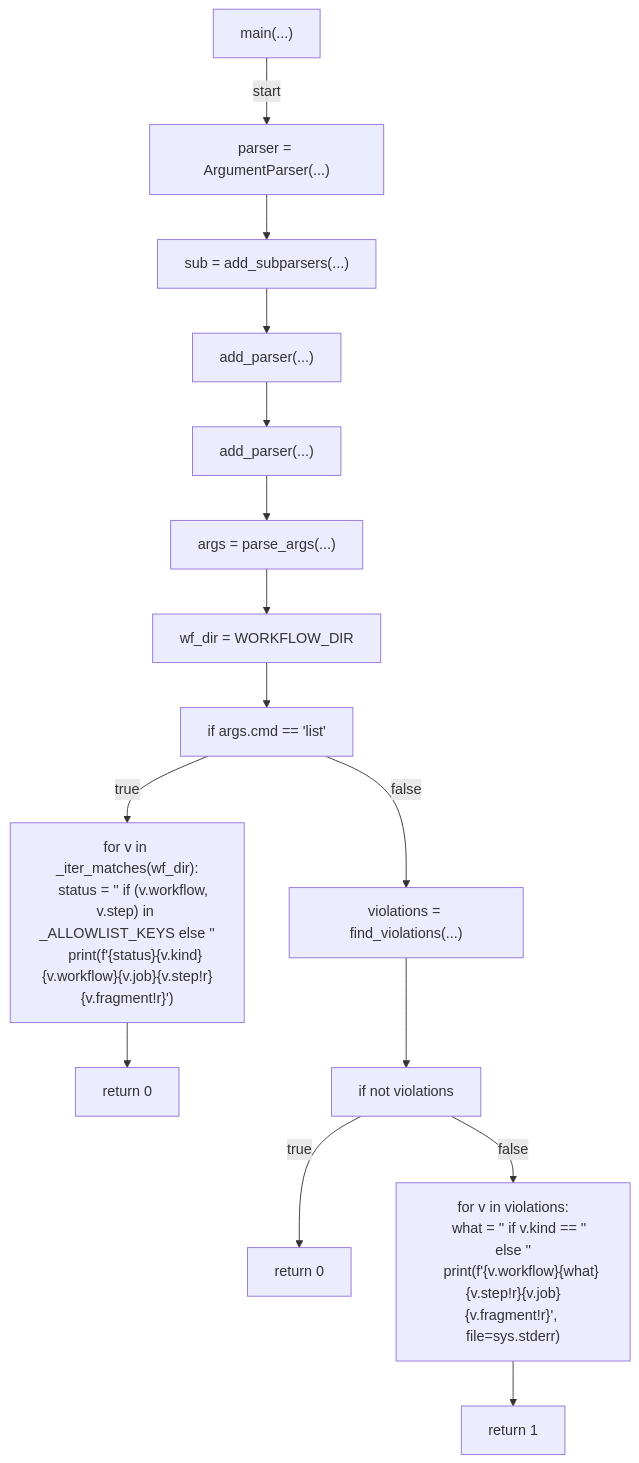
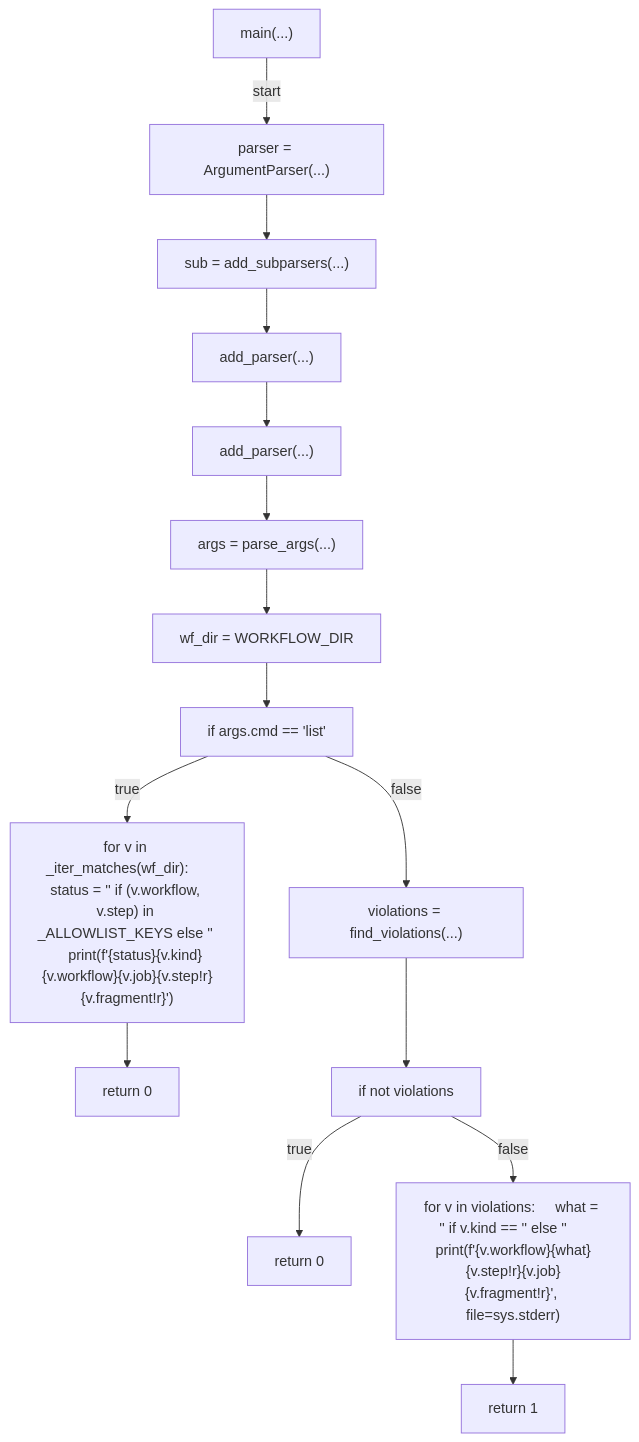
Before and after one commit to tvna/claude-md: the sixth of 6 diagrams in docs/generated/scripts/ast/scan_workflow_gh_calls.md, drawn with Mermaid. The commit also changed other lines of this file and 23 other files, not shown here.

First line of the commit message:
docs(generated): regenerate decision tree and workflow diagrams (batch 4/5)

````diff
--- a/docs/generated/scripts/ast/scan_workflow_gh_calls.md
+++ b/docs/generated/scripts/ast/scan_workflow_gh_calls.md
@@ -91,36 +64,32 @@
 ```mermaid
 flowchart TD
     N001["main(...)"]
     N002["parser = ArgumentParser(...)"]
     N003["sub = add_subparsers(...)"]
     N004["add_parser(...)"]
     N005["add_parser(...)"]
     N006["args = parse_args(...)"]
     N007["wf_dir = WORKFLOW_DIR"]
     N008["if args.cmd == 'list'"]
-    N009["for v in _iter_matches(wf_dir):
-    status = '<str>' if (v.workflow, v.step) in _ALLOWLIST_KEYS else '<str>'
-    print(f'<str>{status}<str>{v.kind}<str>{v.workflow}<str>{v.job}<str>{v.step!r}<str>{v.fragment!r}')"]
+    N009["for v in _iter_matches(wf_dir):     status = '<str>' if (v.workflow, v.step) in _ALLOWLIST_KEYS else '<str>'     print(f'<str>{status}<str>{v.kind}<str>{v.workflow}<str>{v.job}<str>{v.step!r}<str>{v.fragment!r}')"]
     N010["return 0"]
     N011["violations = find_violations(...)"]
     N012["if not violations"]
     N013["return 0"]
-    N014["for v in violations:
-    what = '<str>' if v.kind == '<str>' else '<str>'
-    print(f'<str>{v.workflow}<str>{what}<str>{v.step!r}<str>{v.job}<str>{v.fragment!r}<str>', file=sys.stderr)"]
+    N014["for v in violations:     what = '<str>' if v.kind == '<str>' else '<str>'     print(f'<str>{v.workflow}<str>{what}<str>{v.step!r}<str>{v.job}<str>{v.fragment!r}<str>', file=sys.stderr)"]
     N015["return 1"]
     N001 -->|"start"| N002
     N002 --> N003
     N003 --> N004
     N004 --> N005
     N005 --> N006
     N006 --> N007
     N007 --> N008
     N008 -->|"true"| N009
     N009 --> N010
     N008 -->|"false"| N011
     N011 --> N012
     N012 -->|"true"| N013
     N012 -->|"false"| N014
     N014 --> N015
 ```
````
